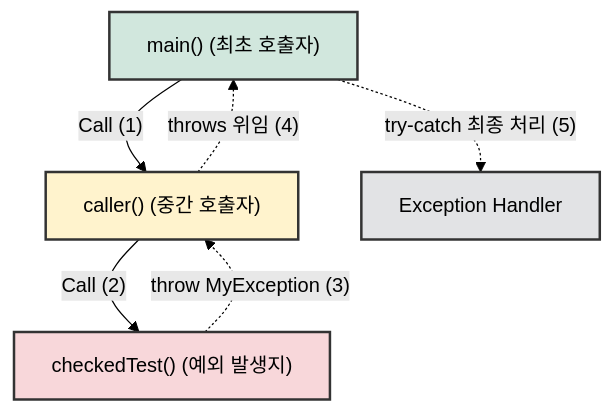
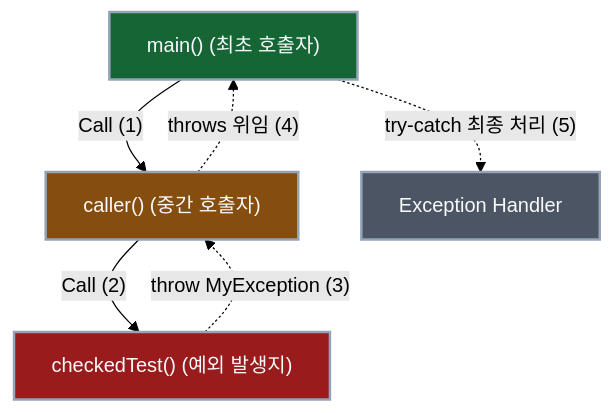
Before and after one commit to Kang-Hyesung/kang-hyesung.github.io: the diagram in _posts/java/11-예외처리/2026-02-27-throws.md, drawn with Mermaid (forest theme). The commit also changed 74 other files, not shown here.

Commit message:
docs: update post visibility and mermaid colors

````diff
--- a/_posts/java/11-예외처리/2026-02-27-throws.md
+++ b/_posts/java/11-예외처리/2026-02-27-throws.md
@@ -18,18 +18,18 @@
 ```mermaid
 graph TD
     A["main() (최초 호출자)"]
     B["caller() (중간 호출자)"]
     C["checkedTest() (예외 발생지)"]
     D["Exception Handler"]
 
     A -->|"Call (1)"| B
     B -->|"Call (2)"| C
     C -.->|"throw MyException (3)"| B
     B -.->|"throws 위임 (4)"| A
     A -.->|"try-catch 최종 처리 (5)"| D
 
-    style A fill:#d1e7dd,stroke:#333,stroke-width:2px
-    style B fill:#fff3cd,stroke:#333,stroke-width:2px
-    style C fill:#f8d7da,stroke:#333,stroke-width:2px
-    style D fill:#e2e3e5,stroke:#333,stroke-width:2px
+    style A fill:#166534,stroke:#94a3b8,stroke-width:2px,color:#f8fafc
+    style B fill:#854d0e,stroke:#94a3b8,stroke-width:2px,color:#f8fafc
+    style C fill:#991b1b,stroke:#94a3b8,stroke-width:2px,color:#f8fafc
+    style D fill:#4b5563,stroke:#94a3b8,stroke-width:2px,color:#f8fafc
 ```
````
